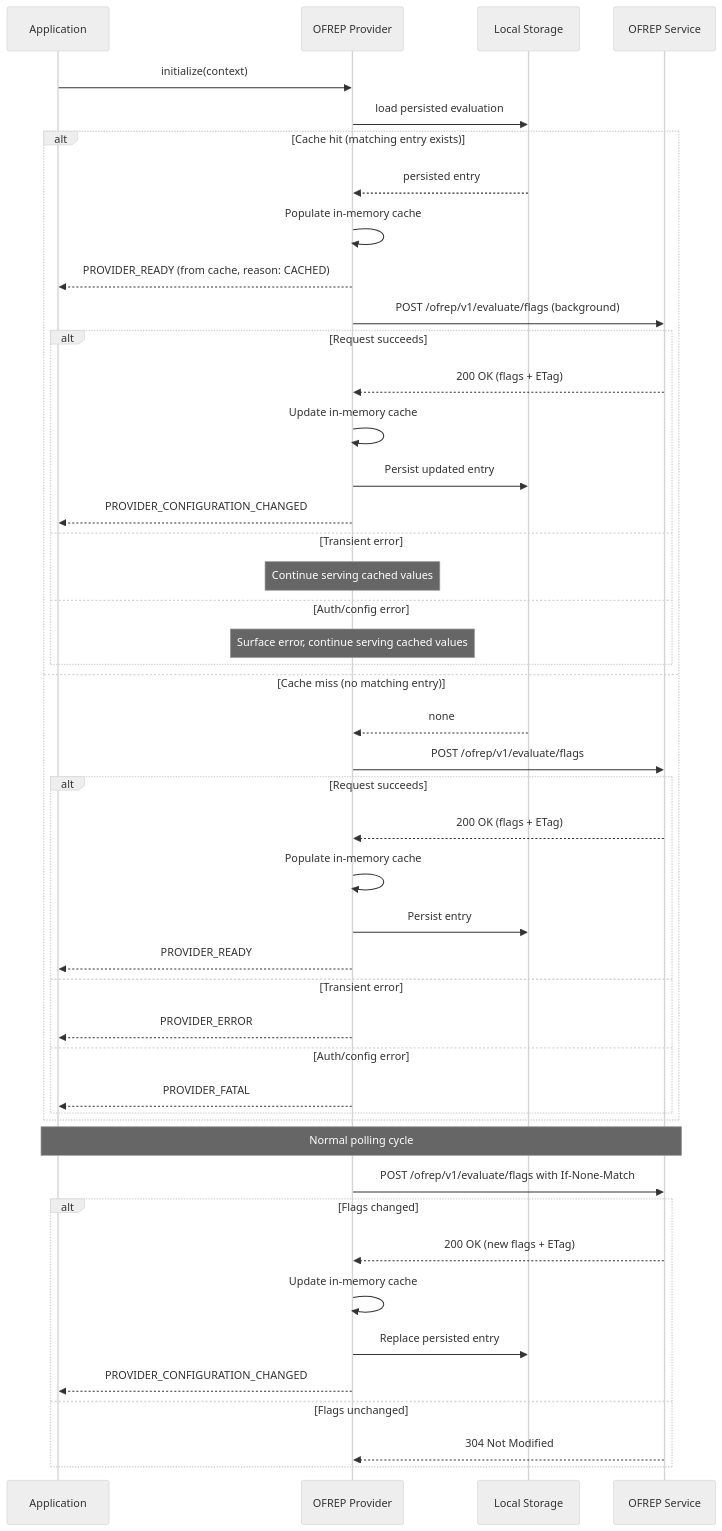
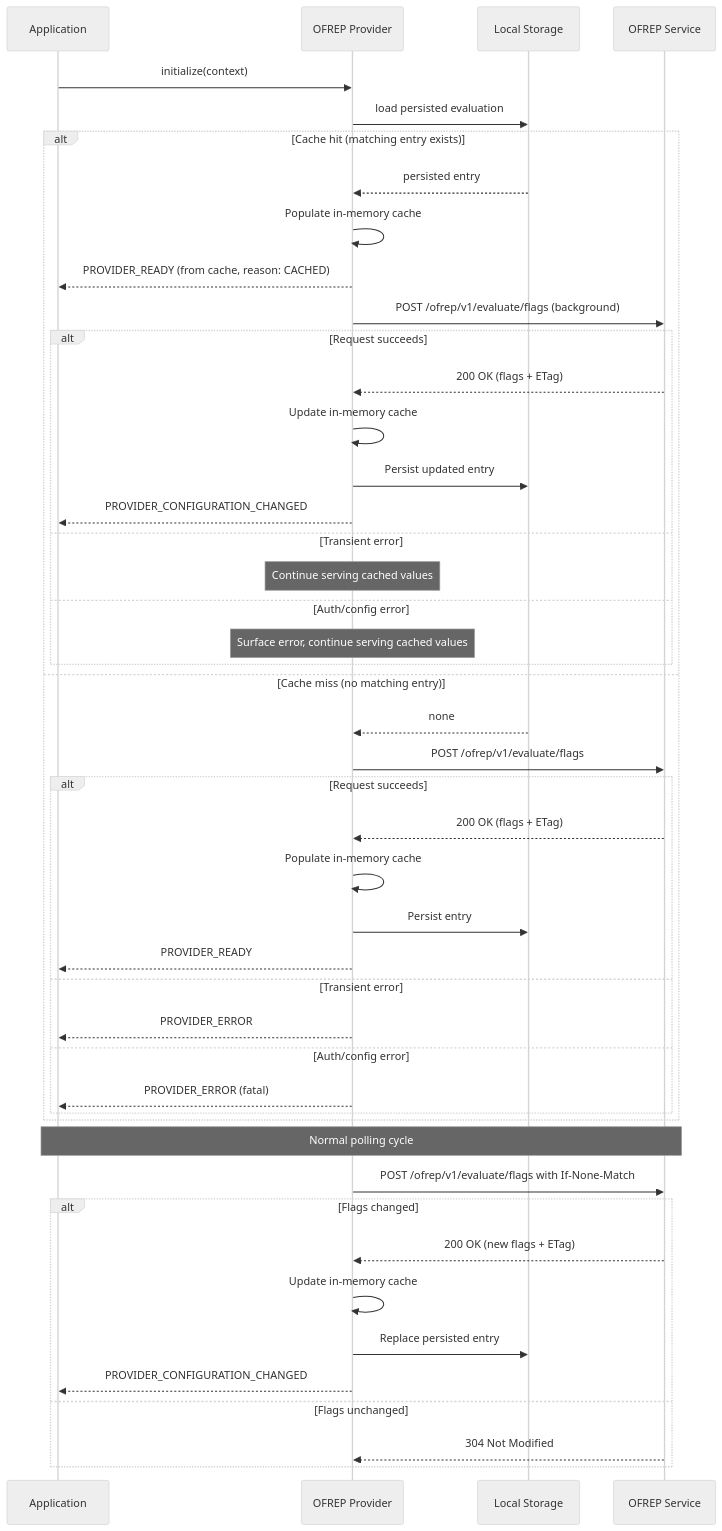
The diagram in service/adrs/0009-localStorageForStaticContextProviders.md (open-feature/protocol), drawn with Mermaid (neutral theme) before and after one commit. The commit also changed other lines of this file, not shown here.

First line of the commit message:
docs(adr): improve precision of provider lifecycle semantics in ADR 0009

````diff
--- a/service/adrs/0009-localStorageForStaticContextProviders.md
+++ b/service/adrs/0009-localStorageForStaticContextProviders.md
@@ -75,50 +75,50 @@
 ```mermaid
 sequenceDiagram
     participant App as Application
     participant Provider as OFREP Provider
     participant Storage as Local Storage
     participant Server as OFREP Service
 
     App->>Provider: initialize(context)
     Provider->>Storage: load persisted evaluation
     alt Cache hit (matching entry exists)
         Storage-->>Provider: persisted entry
         Provider->>Provider: Populate in-memory cache
         Provider-->>App: PROVIDER_READY (from cache, reason: CACHED)
         Provider->>Server: POST /ofrep/v1/evaluate/flags (background)
         alt Request succeeds
             Server-->>Provider: 200 OK (flags + ETag)
             Provider->>Provider: Update in-memory cache
             Provider->>Storage: Persist updated entry
             Provider-->>App: PROVIDER_CONFIGURATION_CHANGED
         else Transient error
             Note over Provider: Continue serving cached values
         else Auth/config error
             Note over Provider: Surface error, continue serving cached values
         end
     else Cache miss (no matching entry)
         Storage-->>Provider: none
         Provider->>Server: POST /ofrep/v1/evaluate/flags
         alt Request succeeds
             Server-->>Provider: 200 OK (flags + ETag)
             Provider->>Provider: Populate in-memory cache
             Provider->>Storage: Persist entry
             Provider-->>App: PROVIDER_READY
         else Transient error
             Provider-->>App: PROVIDER_ERROR
         else Auth/config error
-            Provider-->>App: PROVIDER_FATAL
+            Provider-->>App: PROVIDER_ERROR (fatal)
         end
     end
 
     Note over App,Server: Normal polling cycle
     Provider->>Server: POST /ofrep/v1/evaluate/flags with If-None-Match
     alt Flags changed
         Server-->>Provider: 200 OK (new flags + ETag)
         Provider->>Provider: Update in-memory cache
         Provider->>Storage: Replace persisted entry
         Provider-->>App: PROVIDER_CONFIGURATION_CHANGED
     else Flags unchanged
         Server-->>Provider: 304 Not Modified
     end
 ```
````
